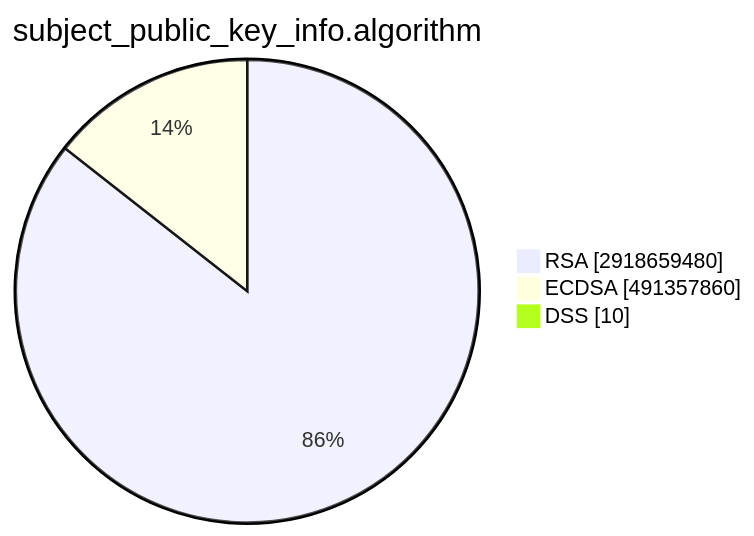
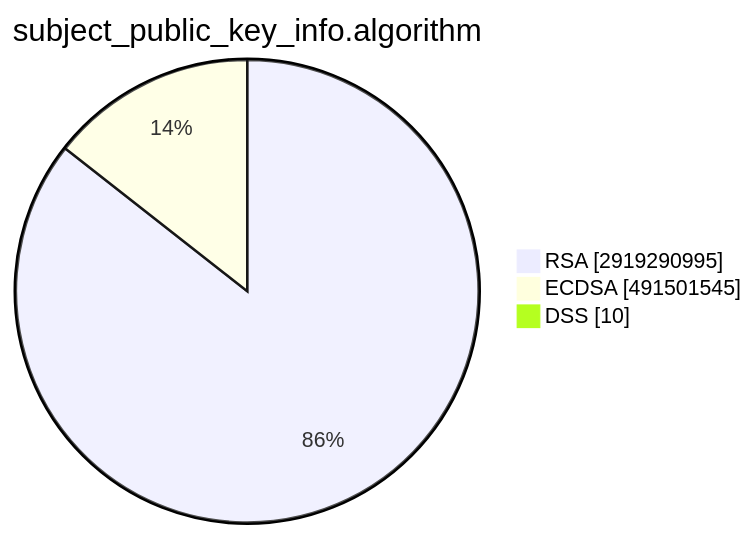
The second of 15 diagrams in TOTAL/README.md (christiankrug/ctmonitor_visualization), drawn with Mermaid before and after one commit. The commit also changed other lines of this file, not shown here.

````diff
--- a/TOTAL/README.md
+++ b/TOTAL/README.md
@@ -6,7 +6,7 @@
 ```mermaid
 pie showData
 title subject_public_key_info.algorithm
-"RSA" :2918659480
-"ECDSA" :491357860
+"RSA" :2919290995
+"ECDSA" :491501545
 "DSS" :10
 ```
````
